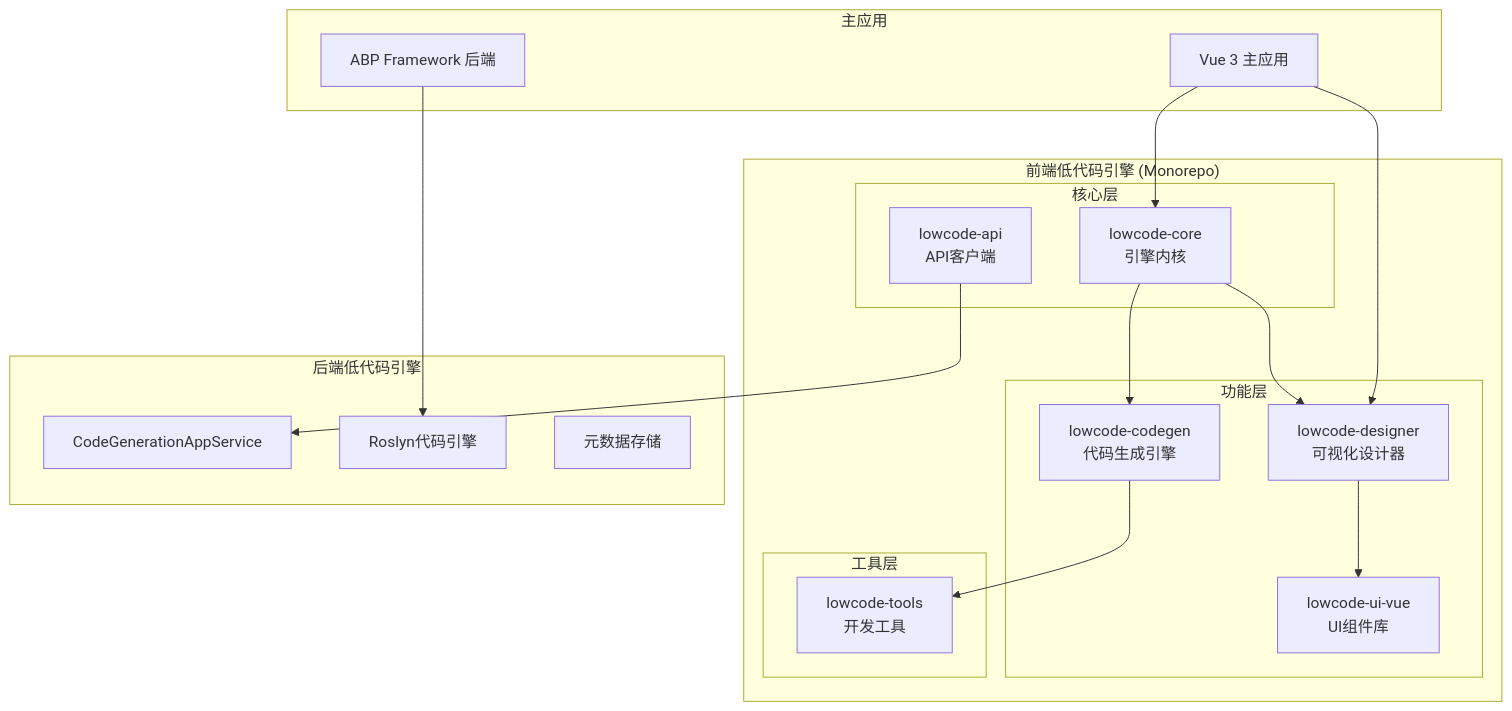
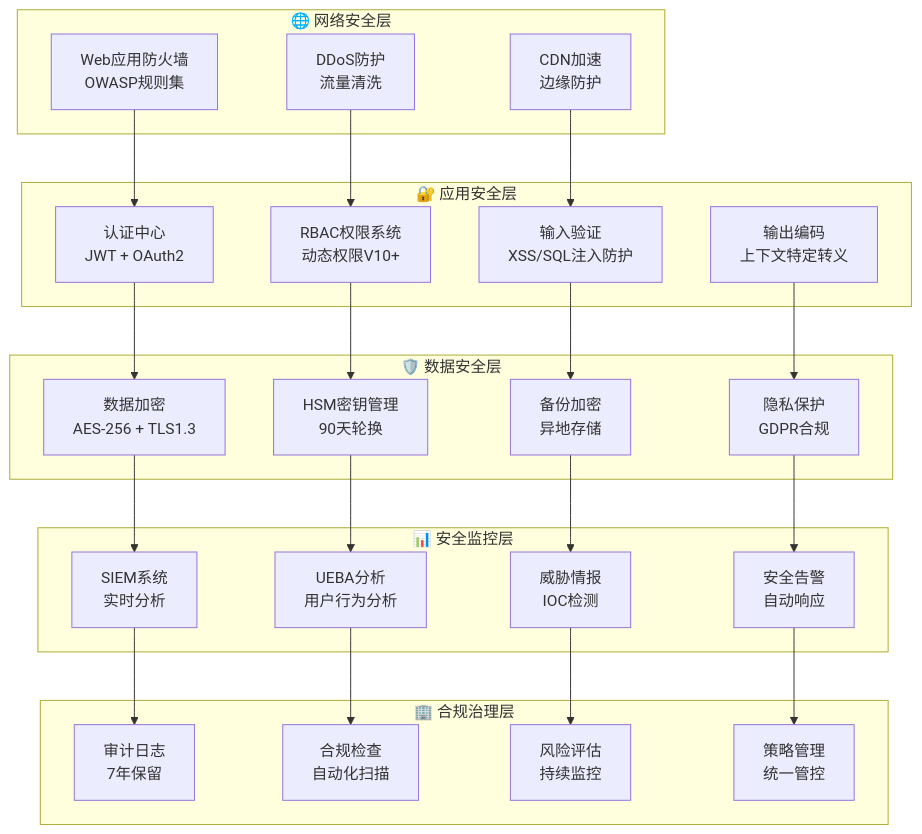
Before and after one commit to DULASlee/hxlot: the fourth of 4 diagrams in doc/architecture/低代码引擎详细技术规范.md, drawn with Mermaid. The commit also changed other lines of this file and 66 other files, not shown here.

````diff
--- a/doc/architecture/低代码引擎详细技术规范.md
+++ b/doc/architecture/低代码引擎详细技术规范.md
@@ -25,39 +1136,55 @@
 ```mermaid
 graph TB
-    subgraph "前端低代码引擎 (Monorepo)"
-        subgraph "核心层"
-            Core[lowcode-core<br/>引擎内核]
-            API[lowcode-api<br/>API客户端]
-        end
-        
-        subgraph "功能层"
-            Designer[lowcode-designer<br/>可视化设计器]
-            Codegen[lowcode-codegen<br/>代码生成引擎]
-            UI[lowcode-ui-vue<br/>UI组件库]
-        end
-        
-        subgraph "工具层"
-            Tools[lowcode-tools<br/>开发工具]
-        end
+    subgraph "🌐 网络安全层"
+        WAF[Web应用防火墙<br/>OWASP规则集]
+        DDoS[DDoS防护<br/>流量清洗]
+        CDN[CDN加速<br/>边缘防护]
     end
     
-    subgraph "后端低代码引擎"
-        CodeGenService[CodeGenerationAppService]
-        RoslynEngine[Roslyn代码引擎]
-        MetadataStore[元数据存储]
+    subgraph "🔐 应用安全层"
+        AUTH[认证中心<br/>JWT + OAuth2]
+        RBAC[RBAC权限系统<br/>动态权限V10+]
+        INPUT[输入验证<br/>XSS/SQL注入防护]
+        OUTPUT[输出编码<br/>上下文特定转义]
     end
     
-    subgraph "主应用"
-        VueApp[Vue 3 主应用]
-        AbpBackend[ABP Framework 后端]
+    subgraph "🛡️ 数据安全层"
+        ENCRYPT[数据加密<br/>AES-256 + TLS1.3]
+        KEY[HSM密钥管理<br/>90天轮换]
+        BACKUP[备份加密<br/>异地存储]
+        PRIVACY[隐私保护<br/>GDPR合规]
     end
     
-    Core --> Designer
-    Core --> Codegen
-    Designer --> UI
-    Codegen --> Tools
-    API --> CodeGenService
-    VueApp --> Core
-    VueApp --> Designer
-    AbpBackend --> RoslynEngine
+    subgraph "📊 安全监控层"
+        SIEM[SIEM系统<br/>实时分析]
+        UEBA[UEBA分析<br/>用户行为分析]
+        THREAT[威胁情报<br/>IOC检测]
+        ALERT[安全告警<br/>自动响应]
+    end
+    
+    subgraph "🏢 合规治理层"
+        AUDIT[审计日志<br/>7年保留]
+        COMPLIANCE[合规检查<br/>自动化扫描]
+        RISK[风险评估<br/>持续监控]
+        POLICY[策略管理<br/>统一管控]
+    end
+    
+    WAF --> AUTH
+    DDoS --> RBAC
+    CDN --> INPUT
+    
+    AUTH --> ENCRYPT
+    RBAC --> KEY
+    INPUT --> BACKUP
+    OUTPUT --> PRIVACY
+    
+    ENCRYPT --> SIEM
+    KEY --> UEBA
+    BACKUP --> THREAT
+    PRIVACY --> ALERT
+    
+    SIEM --> AUDIT
+    UEBA --> COMPLIANCE
+    THREAT --> RISK
+    ALERT --> POLICY
 ```
````
